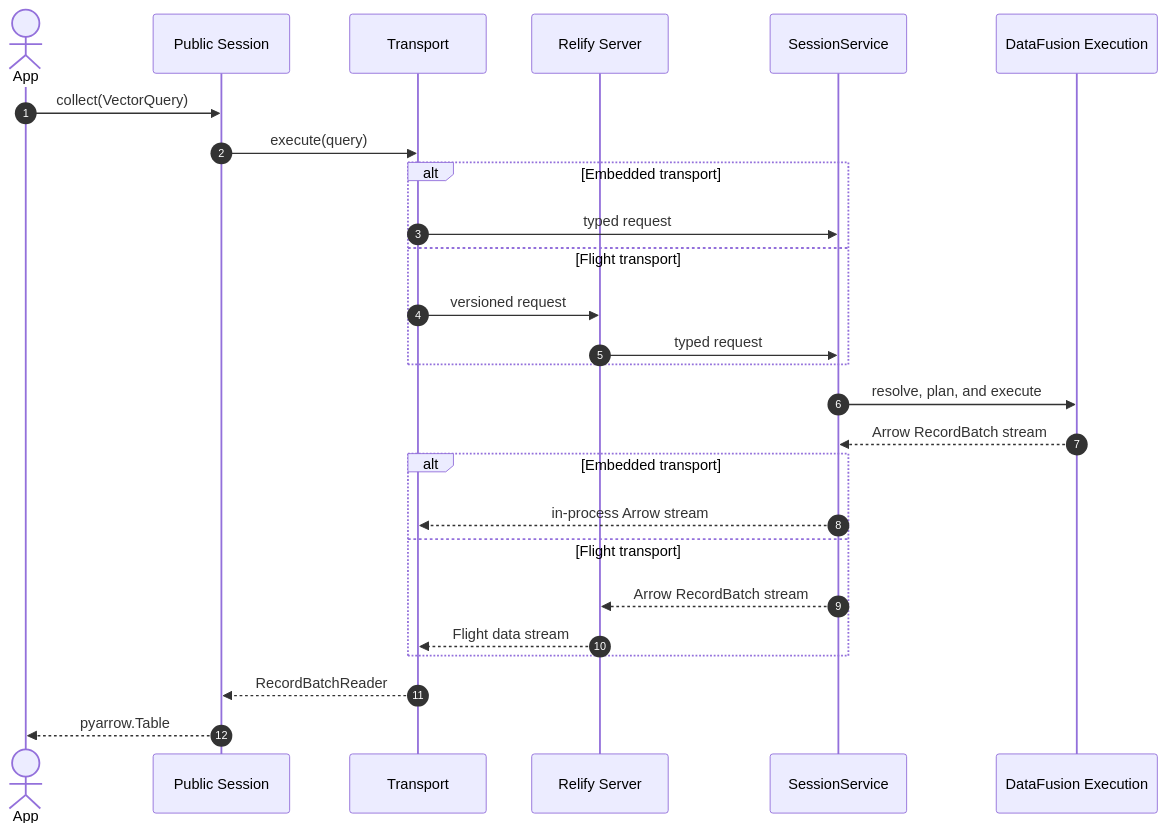
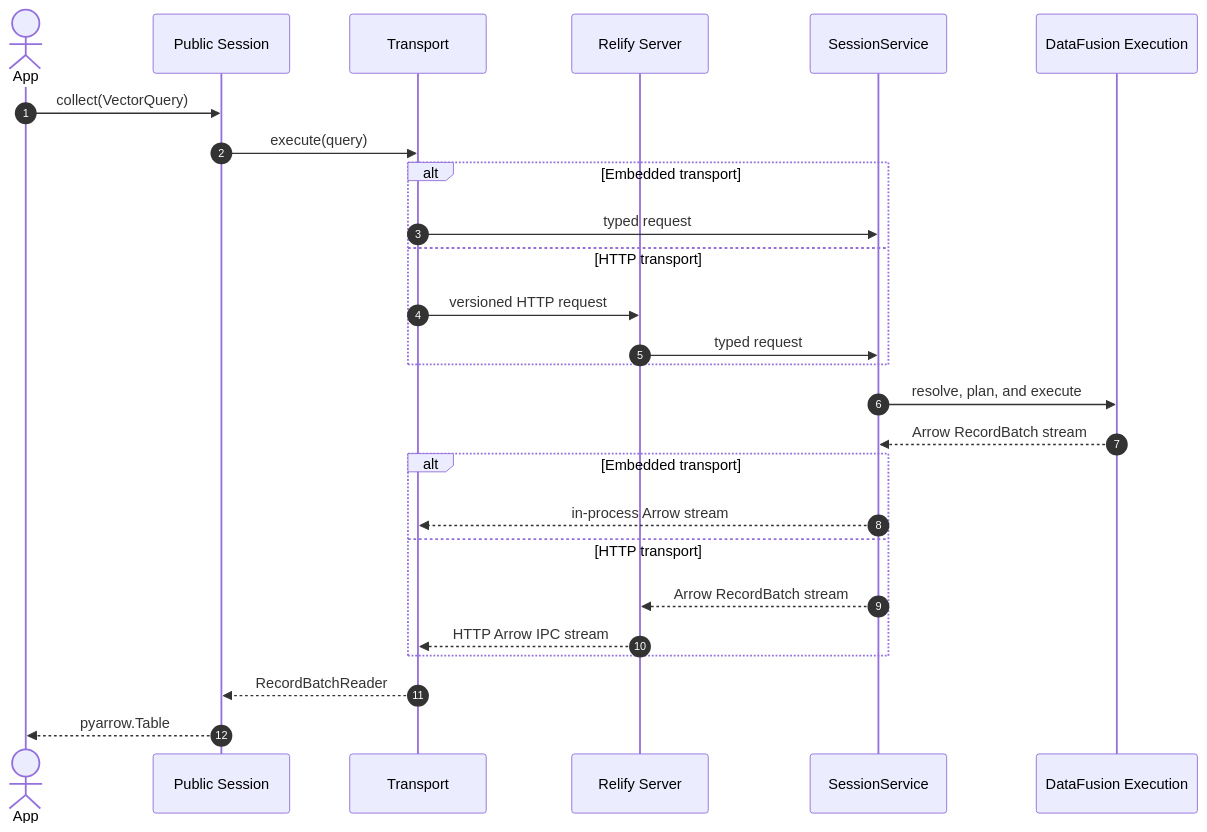
One commit to parqdb-io/parqdb changed the second of 2 diagrams in docs/rfcs/20260815-unified-embedded-client-server-api.md. Above: the diagram before and after it, drawn with Mermaid. The commit also changed other lines of this file, not shown here.

Commit message:
docs(rfc): adopt Lance-style HTTP protocol

````diff
--- a/docs/rfcs/20260815-unified-embedded-client-server-api.md
+++ b/docs/rfcs/20260815-unified-embedded-client-server-api.md
@@ -316,29 +363,29 @@
 ```mermaid
 sequenceDiagram
     autonumber
     actor App
     participant API as Public Session
     participant Transport
     participant Server as Relify Server
     participant Service as SessionService
     participant Engine as DataFusion Execution
 
     App->>API: collect(VectorQuery)
     API->>Transport: execute(query)
     alt Embedded transport
         Transport->>Service: typed request
-    else Flight transport
-        Transport->>Server: versioned request
+    else HTTP transport
+        Transport->>Server: versioned HTTP request
         Server->>Service: typed request
     end
     Service->>Engine: resolve, plan, and execute
     Engine-->>Service: Arrow RecordBatch stream
     alt Embedded transport
         Service-->>Transport: in-process Arrow stream
-    else Flight transport
+    else HTTP transport
         Service-->>Server: Arrow RecordBatch stream
-        Server-->>Transport: Flight data stream
+        Server-->>Transport: HTTP Arrow IPC stream
     end
     Transport-->>API: RecordBatchReader
     API-->>App: pyarrow.Table
 ```
````
